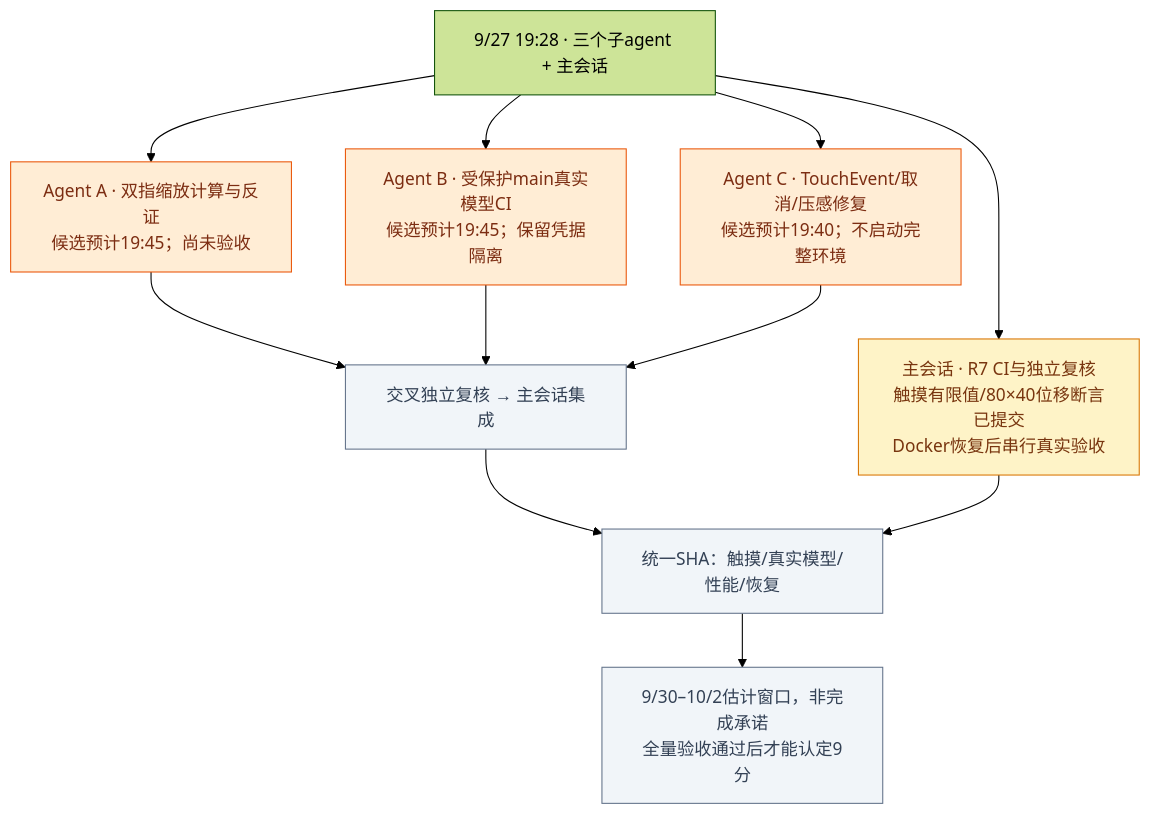
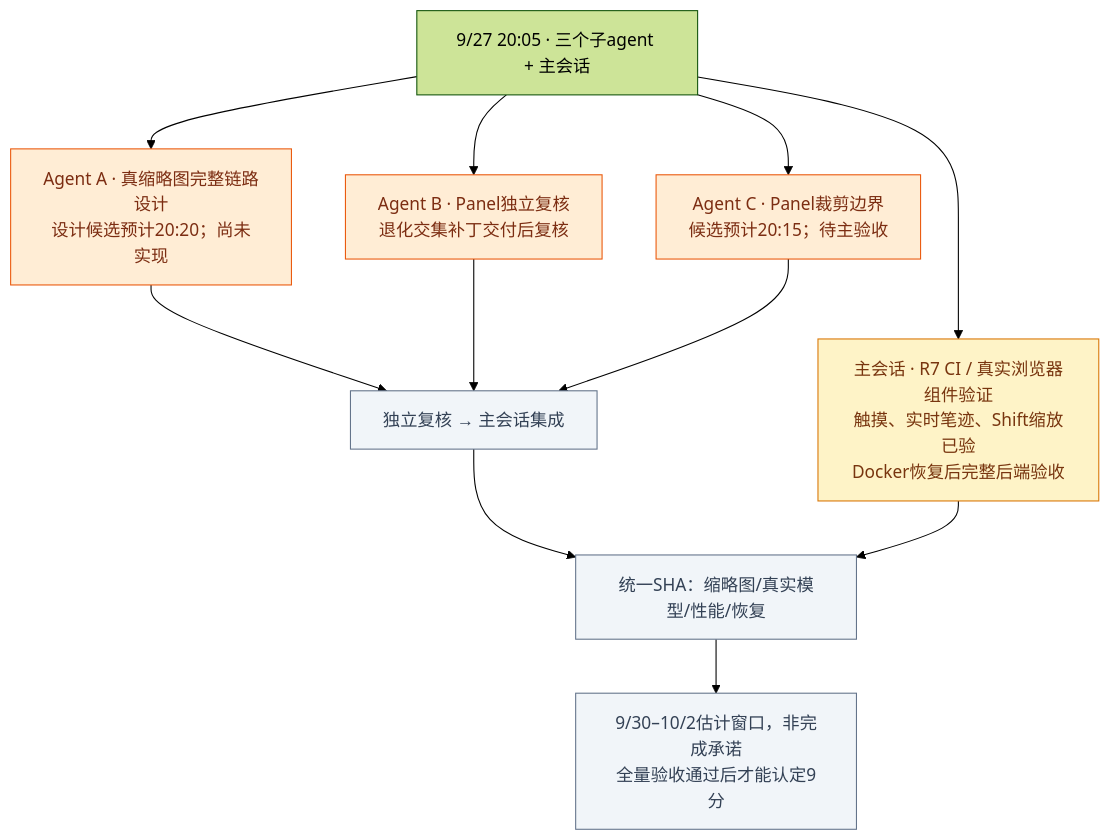
The second of 4 diagrams in phases/phase-19-board-visual-workspace/design-deltas/2026-09-26-unified-board-plan.md (boardx/workspacex), drawn with Mermaid (forest theme) before and after one commit. The commit also changed other lines of this file, not shown here.

Commit message:
docs(board): track verified input work and remaining preview gaps

````diff
--- a/phases/phase-19-board-visual-workspace/design-deltas/2026-09-26-unified-board-plan.md
+++ b/phases/phase-19-board-visual-workspace/design-deltas/2026-09-26-unified-board-plan.md
@@ -83,16 +83,16 @@
 ```mermaid
 flowchart TB
-  START["9/27 19:28 · 三个子agent + 主会话"] --> A["Agent A · 双指缩放计算与反证<br/>候选预计19:45；尚未验收"]:::active
-  START --> B["Agent B · 受保护main真实模型CI<br/>候选预计19:45；保留凭据隔离"]:::active
-  START --> C["Agent C · TouchEvent/取消/压感修复<br/>候选预计19:40；不启动完整环境"]:::active
-  START --> M["主会话 · R7 CI与独立复核<br/>触摸有限值/80×40位移断言已提交<br/>Docker恢复后串行真实验收"]:::testing
-  A --> REVIEW["交叉独立复核 → 主会话集成"]:::planned
+  START["9/27 20:05 · 三个子agent + 主会话"] --> A["Agent A · 真缩略图完整链路设计<br/>设计候选预计20:20；尚未实现"]:::active
+  START --> B["Agent B · Panel独立复核<br/>退化交集补丁交付后复核"]:::active
+  START --> C["Agent C · Panel裁剪边界<br/>候选预计20:15；待主验收"]:::active
+  START --> M["主会话 · R7 CI / 真实浏览器组件验证<br/>触摸、实时笔迹、Shift缩放已验<br/>Docker恢复后完整后端验收"]:::testing
+  A --> REVIEW["独立复核 → 主会话集成"]:::planned
   B --> REVIEW
   C --> REVIEW
-  REVIEW --> JOIN["统一SHA：触摸/真实模型/性能/恢复"]:::planned
+  REVIEW --> JOIN["统一SHA：缩略图/真实模型/性能/恢复"]:::planned
   M --> JOIN
   JOIN --> ACCEPT["9/30–10/2估计窗口，非完成承诺<br/>全量验收通过后才能认定9分"]:::planned
   classDef active fill:#ffedd5,stroke:#ea580c,color:#7c2d12
   classDef testing fill:#fef3c7,stroke:#d97706,color:#78350f
   classDef planned fill:#f1f5f9,stroke:#64748b,color:#334155
 ```
````
